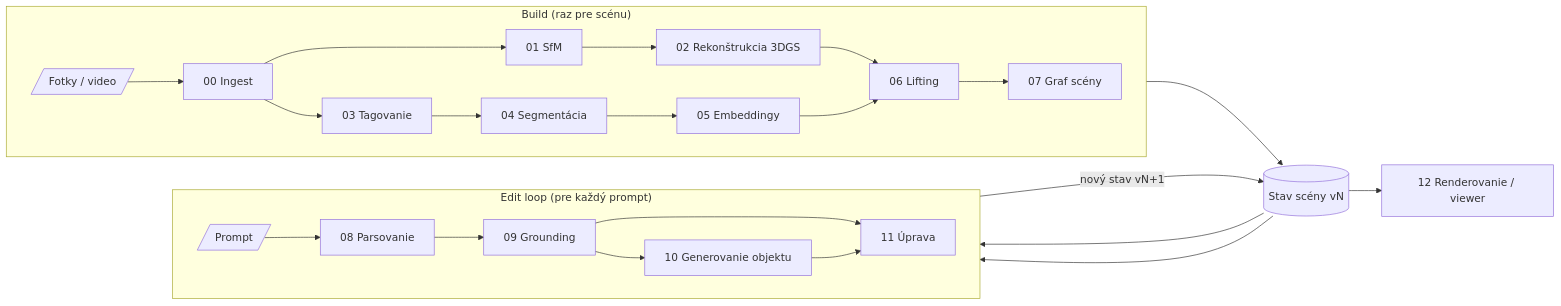
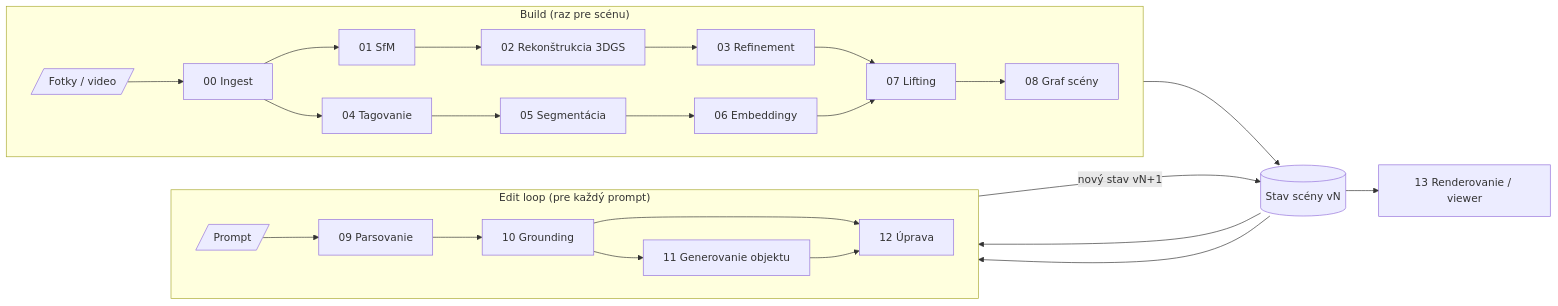
The diagram in README.md (hajkovsky3/3D_scene_gen_and_edit), drawn with Mermaid before and after one commit. The commit also changed other lines of this file and 69 other files, not shown here.

````diff
--- a/README.md
+++ b/README.md
@@ -32,31 +32,32 @@
 ```mermaid
 flowchart LR
     subgraph BUILD["Build (raz pre scénu)"]
         direction LR
         IN[/Fotky / video/] --> P00[00 Ingest]
         P00 --> P01[01 SfM]
         P01 --> P02[02 Rekonštrukcia 3DGS]
-        P00 --> P03[03 Tagovanie]
-        P03 --> P04[04 Segmentácia]
-        P04 --> P05[05 Embeddingy]
-        P02 --> P06[06 Lifting]
-        P05 --> P06
-        P06 --> P07[07 Graf scény]
+        P02 --> P03[03 Refinement]
+        P00 --> P04[04 Tagovanie]
+        P04 --> P05[05 Segmentácia]
+        P05 --> P06[06 Embeddingy]
+        P03 --> P07[07 Lifting]
+        P06 --> P07
+        P07 --> P08[08 Graf scény]
     end
 
-    P07 --> S[(Stav scény vN)]
+    P08 --> S[(Stav scény vN)]
 
     subgraph EDIT["Edit loop (pre každý prompt)"]
         direction LR
-        PR[/Prompt/] --> P08[08 Parsovanie]
-        P08 --> P09[09 Grounding]
-        P09 --> P10[10 Generovanie objektu]
-        P09 --> P11[11 Úprava]
-        P10 --> P11
+        PR[/Prompt/] --> P09[09 Parsovanie]
+        P09 --> P10[10 Grounding]
+        P10 --> P11[11 Generovanie objektu]
+        P10 --> P12[12 Úprava]
+        P11 --> P12
     end
 
-    S --> P08
-    S --> P11
-    P11 -->|nový stav vN+1| S
-    S --> P12[12 Renderovanie / viewer]
+    S --> P09
+    S --> P12
+    P12 -->|nový stav vN+1| S
+    S --> P13[13 Renderovanie / viewer]
 ```
````
